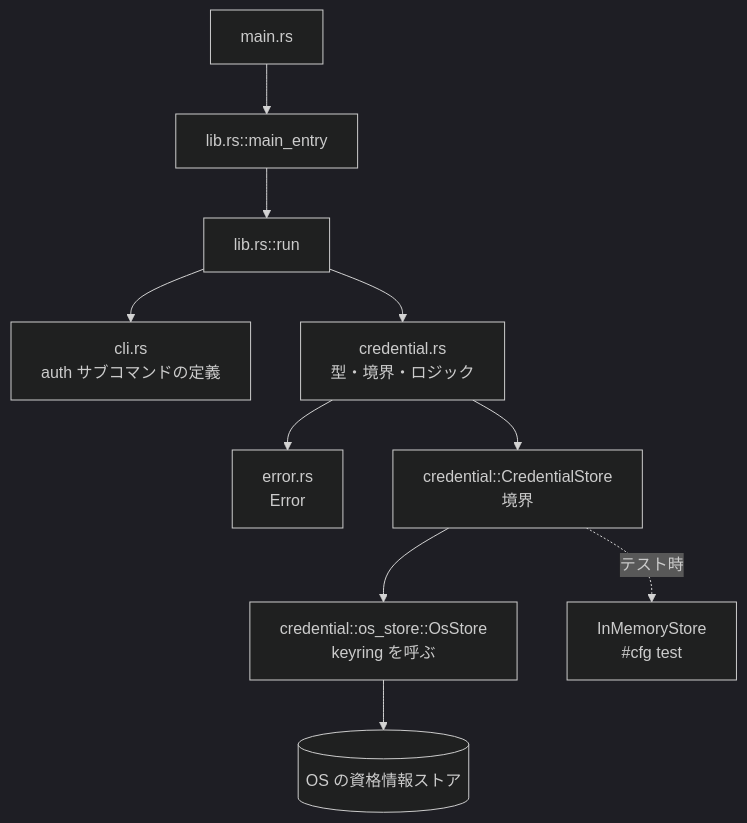
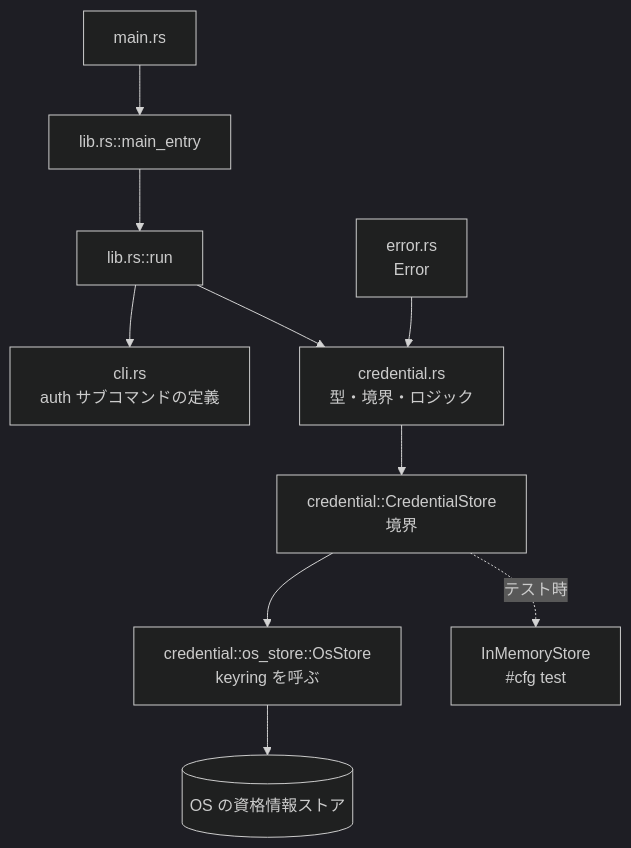
The diagram in .sdd/specification/credential-management_design.md (ToshikiImagawa/minimax-cli), drawn with Mermaid before and after one commit. The commit also changed other lines of this file and 16 other files, not shown here.

````diff
--- a/.sdd/specification/credential-management_design.md
+++ b/.sdd/specification/credential-management_design.md
@@ -177,13 +175,13 @@
 ```mermaid
 %%{init: {'theme': 'dark'}}%%
 graph TD
     Main[main.rs] --> Entry[lib.rs::main_entry]
     Entry --> Run[lib.rs::run]
     Run --> Cli[cli.rs<br/>auth サブコマンドの定義]
     Run --> Cred[credential.rs<br/>型・境界・ロジック]
-    Cred --> Err[error.rs<br/>Error]
+    Err[error.rs<br/>Error] --> Cred
     Cred --> Boundary[credential::CredentialStore<br/>境界]
     Boundary --> OsStore[credential::os_store::OsStore<br/>keyring を呼ぶ]
     Boundary -.テスト時.-> MemStore[InMemoryStore<br/>#cfg test]
     OsStore --> Os[(OS の資格情報ストア)]
 ```
````
